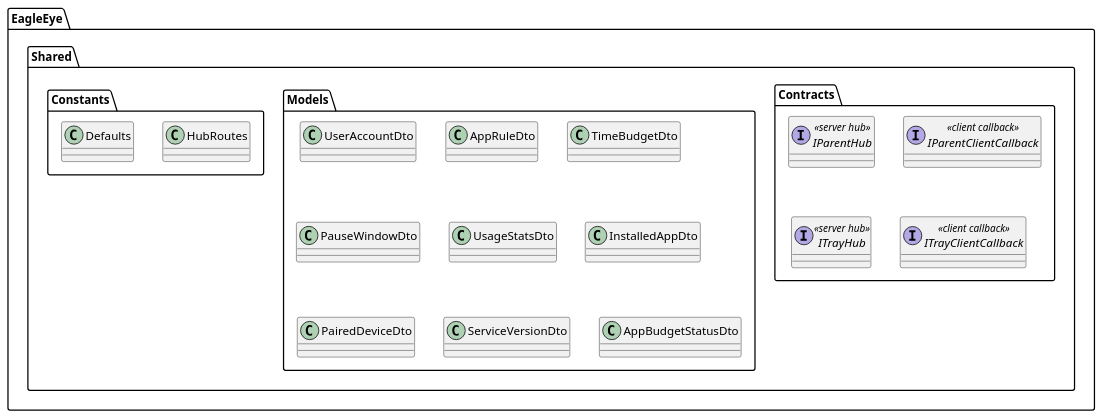
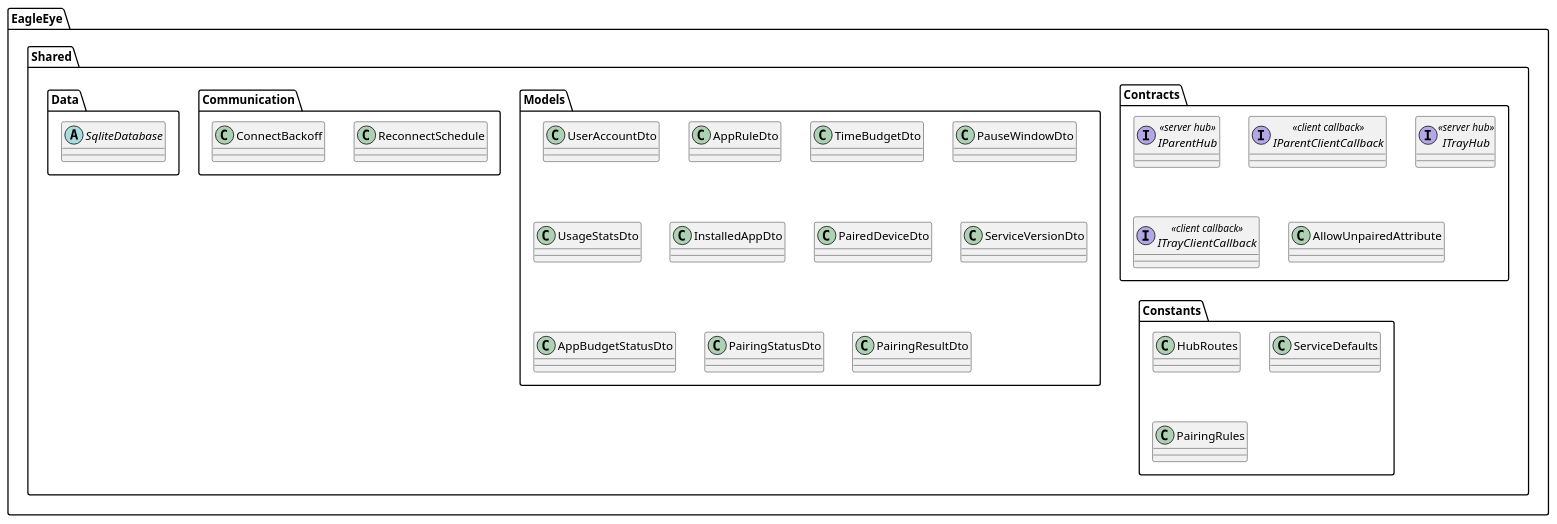
One commit to adlemich/EagleEye changed the fifth of 14 diagrams in 02_Implementation/docs/architecture/arc42/system-architecture.md. Above: the diagram before and after it, drawn with PlantUML. The commit also changed other lines of this file and 4 other files, not shown here.

Commit message:
US-002: ARC post-approval architecture doc updates (arc42, ADR-007, guidelines)

````diff
--- a/02_Implementation/docs/architecture/arc42/system-architecture.md
+++ b/02_Implementation/docs/architecture/arc42/system-architecture.md
@@ -309,29 +312,40 @@
 ```plantuml
 @startuml EagleEye Shared Level 2
 skinparam componentStyle rectangle
 
 package "EagleEye.Shared" {
   package "Contracts" {
     interface IParentHub <<server hub>>
     interface IParentClientCallback <<client callback>>
     interface ITrayHub <<server hub>>
     interface ITrayClientCallback <<client callback>>
+    class AllowUnpairedAttribute
   }
   package "Models" {
     class UserAccountDto
     class AppRuleDto
     class TimeBudgetDto
     class PauseWindowDto
     class UsageStatsDto
     class InstalledAppDto
     class PairedDeviceDto
     class ServiceVersionDto
     class AppBudgetStatusDto
+    class PairingStatusDto
+    class PairingResultDto
   }
   package "Constants" {
     class HubRoutes
-    class Defaults
+    class ServiceDefaults
+    class PairingRules
+  }
+  package "Communication" {
+    class ReconnectSchedule
+    class ConnectBackoff
+  }
+  package "Data" {
+    abstract class SqliteDatabase
   }
 }
 @enduml
 ```
````
